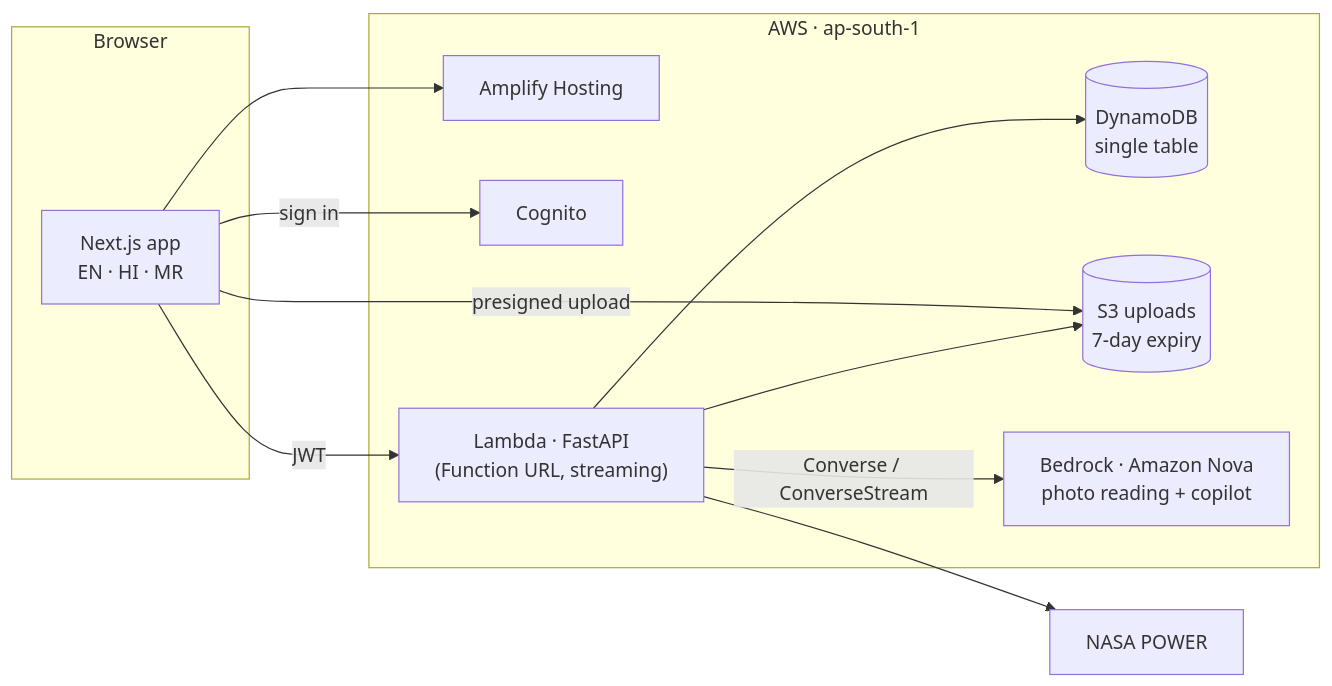
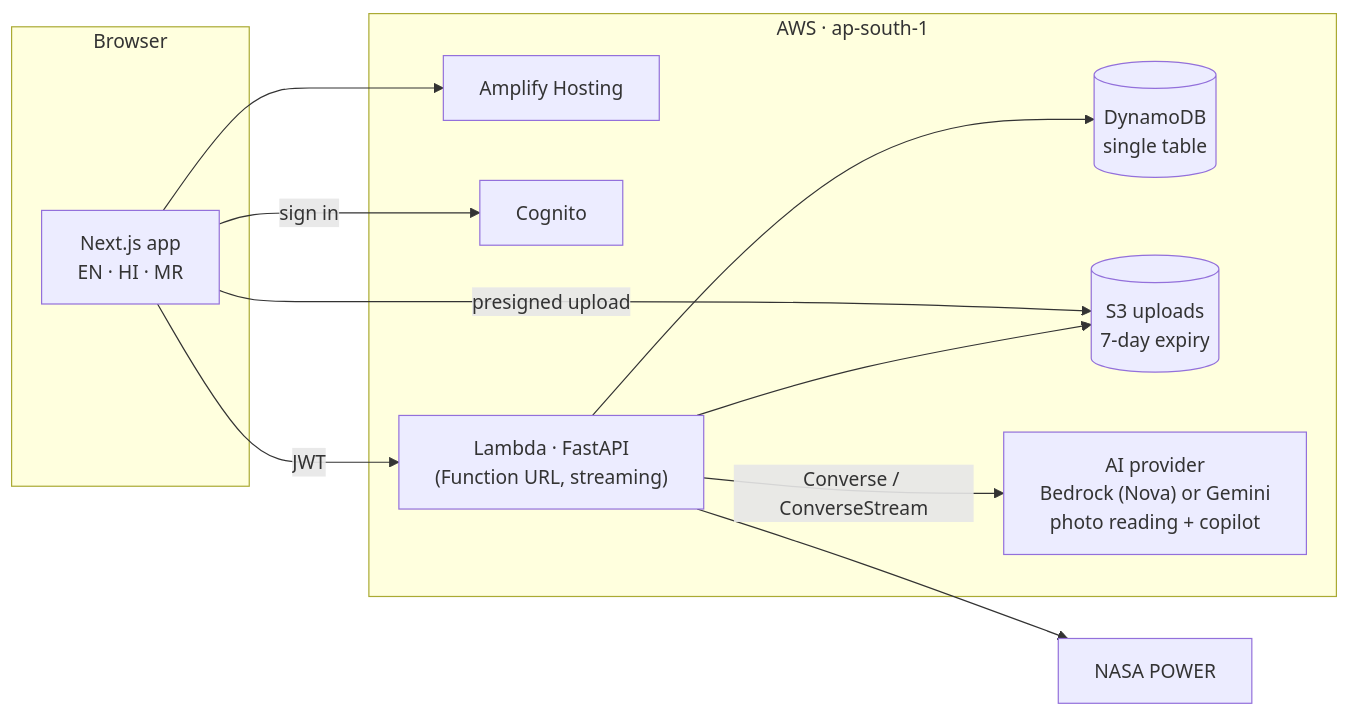
Before and after one commit to NishaadG/groundwork-app: the diagram in README.md, drawn with Mermaid. The commit also changed other lines of this file and 1 other file, not shown here.

Commit message:
Demo button replaces an existing browser session; README: live link, AI provider and measured photo results

````diff
--- a/README.md
+++ b/README.md
@@ -20,23 +22,23 @@
 ```mermaid
 flowchart LR
   subgraph Browser
     W[Next.js app<br/>EN · HI · MR]
   end
   subgraph AWS["AWS · ap-south-1"]
     A[Amplify Hosting]
     C[Cognito]
     L["Lambda · FastAPI<br/>(Function URL, streaming)"]
     D[(DynamoDB<br/>single table)]
     S[(S3 uploads<br/>7-day expiry)]
-    B["Bedrock · Amazon Nova<br/>photo reading + copilot"]
+    B["AI provider<br/>Bedrock (Nova) or Gemini<br/>photo reading + copilot"]
   end
   N[NASA POWER]
   W --> A
   W -- sign in --> C
   W -- "JWT" --> L
   W -- presigned upload --> S
   L --> D
   L --> S
   L -- "Converse / ConverseStream" --> B
   L --> N
 ```
````
